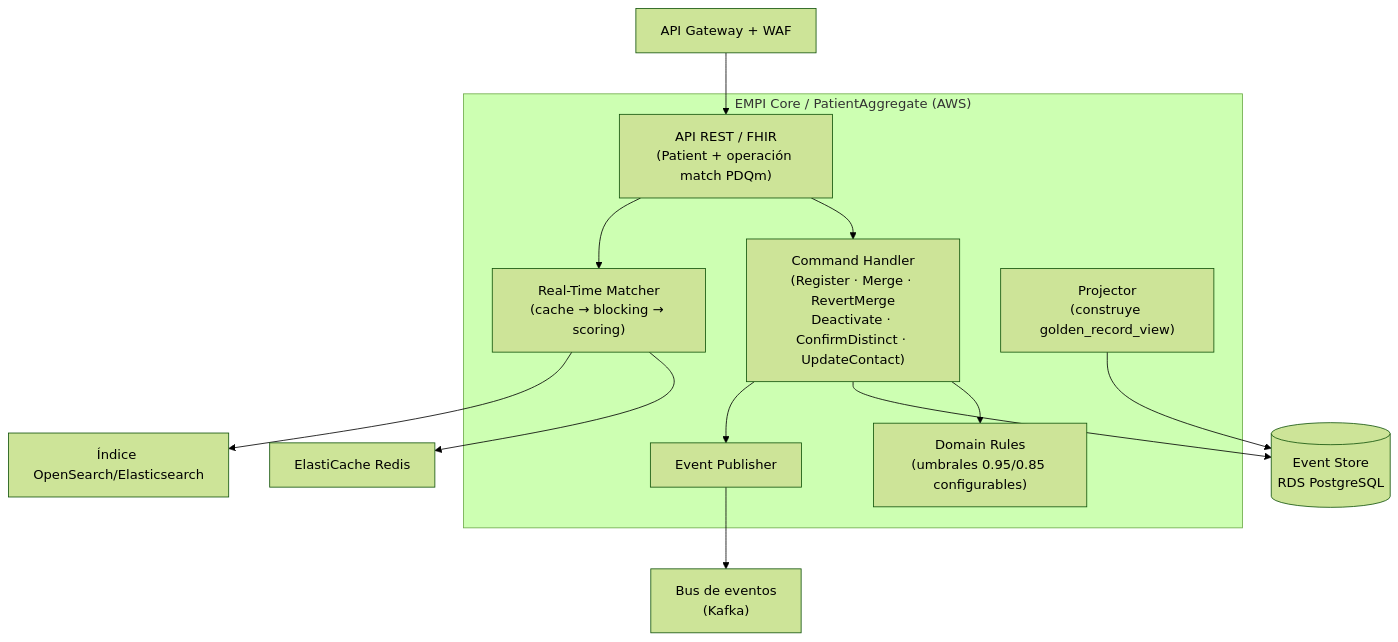
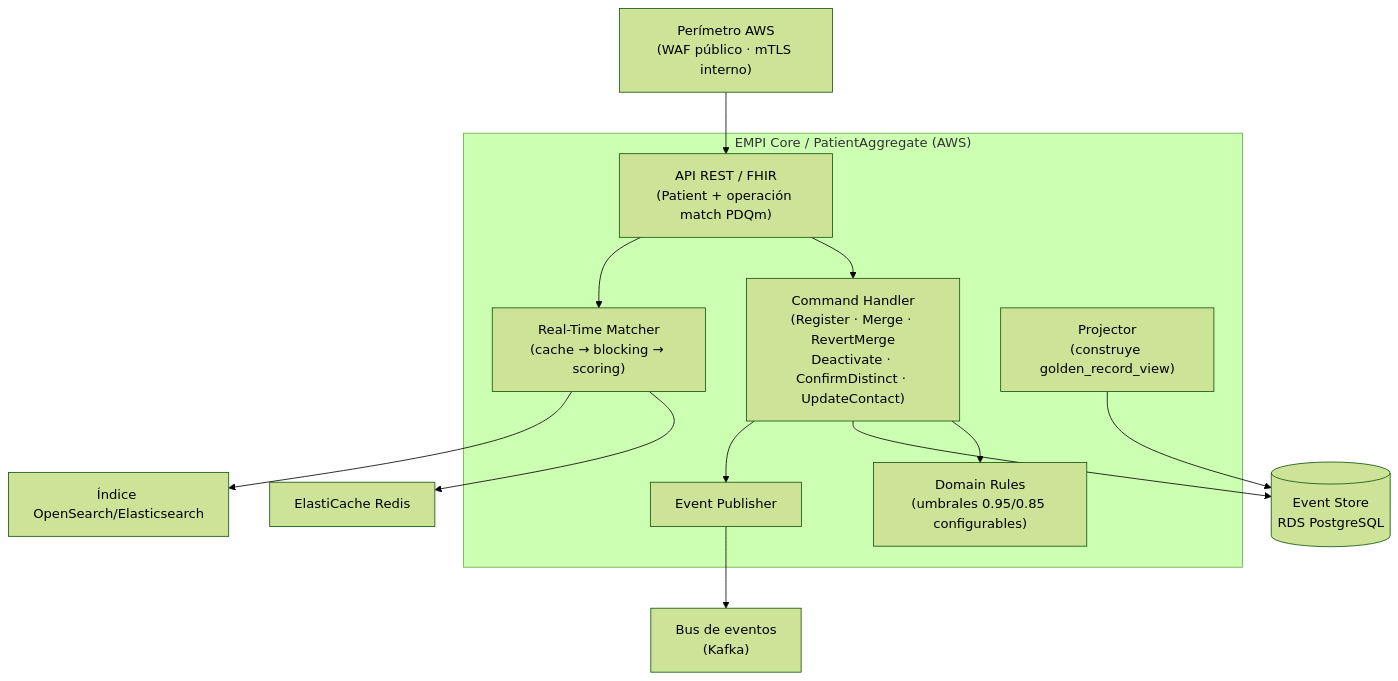
One commit to JeielLovera/proyecto_utec_sanared changed the third of 4 diagrams in entregables_hito3/04_Alternativa3_Mejorada_C4_Model.md. Above: the diagram before and after it, drawn with Mermaid (forest theme). The commit also changed other lines of this file and 124 other files, not shown here.

````diff
--- a/entregables_hito3/04_Alternativa3_Mejorada_C4_Model.md
+++ b/entregables_hito3/04_Alternativa3_Mejorada_C4_Model.md
@@ -133,27 +139,27 @@
 ```mermaid
 graph TB
-    GW["API Gateway + WAF"]
+    GW["Perímetro AWS\n(WAF público · mTLS interno)"]
     subgraph CORE["EMPI Core / PatientAggregate (AWS)"]
         API["API REST / FHIR\n(Patient + operación match PDQm)"]
         CMD["Command Handler\n(Register · Merge · RevertMerge\nDeactivate · ConfirmDistinct · UpdateContact)"]
         MATCH["Real-Time Matcher\n(cache → blocking → scoring)"]
         RULES["Domain Rules\n(umbrales 0.95/0.85 configurables)"]
         PROJ["Projector\n(construye golden_record_view)"]
         PUB["Event Publisher"]
     end
     CACHE["ElastiCache Redis"]
     SEARCH["Índice OpenSearch/Elasticsearch"]
     ES[("Event Store\nRDS PostgreSQL")]
     BUS["Bus de eventos\n(Kafka)"]
 
     GW --> API
     API --> CMD
     API --> MATCH
     MATCH --> CACHE
     MATCH --> SEARCH
     CMD --> RULES
     CMD --> ES
     CMD --> PUB
     PUB --> BUS
     PROJ --> ES
 ```
````
